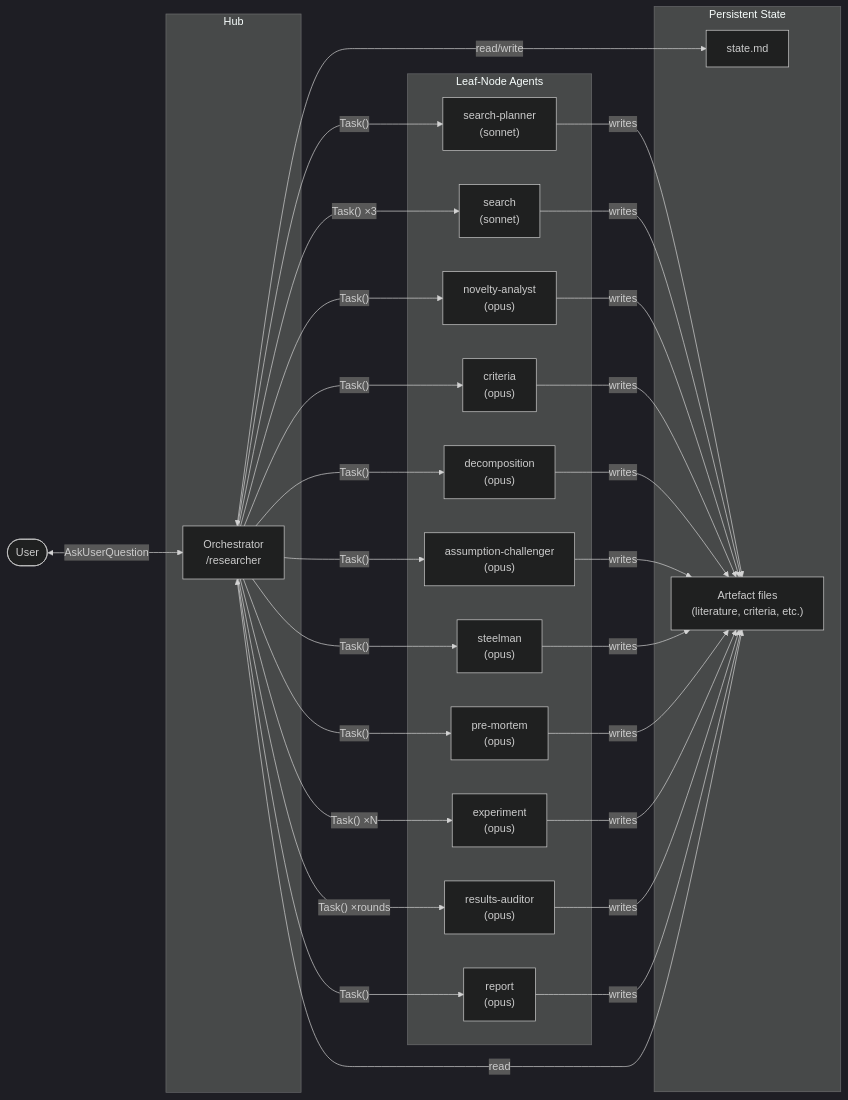
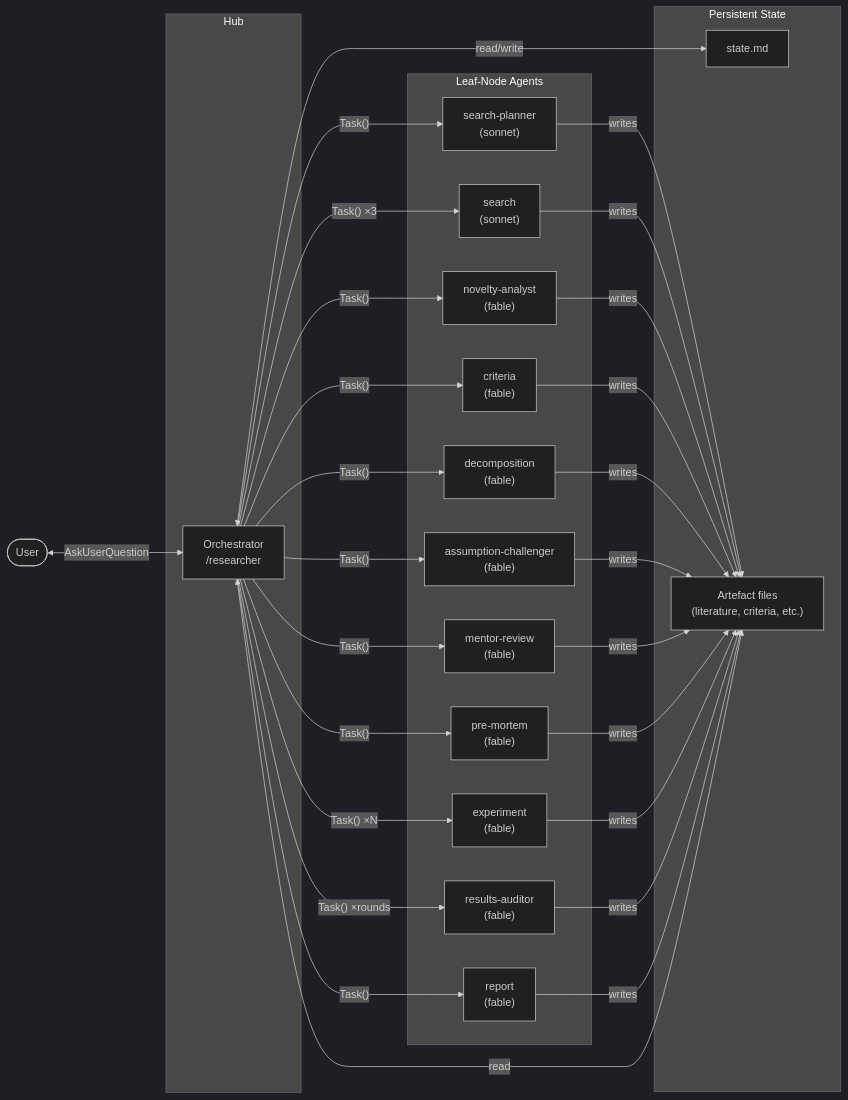
Before and after one commit to tbuckworth/ai-safety-researcher: the second of 4 diagrams in docs/DIAGRAM.md, drawn with Mermaid (dark theme). The commit also changed other lines of this file and 21 other files, not shown here.

````diff
--- a/docs/DIAGRAM.md
+++ b/docs/DIAGRAM.md
@@ -76,53 +76,53 @@
 ```mermaid
 flowchart LR
     subgraph Hub
         O["Orchestrator\n/researcher"]
     end
 
     subgraph Agents["Leaf-Node Agents"]
         A1["search-planner\n(sonnet)"]
         A2["search\n(sonnet)"]
-        A3["novelty-analyst\n(opus)"]
-        A4["criteria\n(opus)"]
-        A5["decomposition\n(opus)"]
-        A6["assumption-challenger\n(opus)"]
-        A7["steelman\n(opus)"]
-        A8["pre-mortem\n(opus)"]
-        A9["experiment\n(opus)"]
-        A10["results-auditor\n(opus)"]
-        A11["report\n(opus)"]
+        A3["novelty-analyst\n(fable)"]
+        A4["criteria\n(fable)"]
+        A5["decomposition\n(fable)"]
+        A6["assumption-challenger\n(fable)"]
+        A7["mentor-review\n(fable)"]
+        A8["pre-mortem\n(fable)"]
+        A9["experiment\n(fable)"]
+        A10["results-auditor\n(fable)"]
+        A11["report\n(fable)"]
     end
 
     subgraph State["Persistent State"]
         SM["state.md"]
         AR["Artefact files\n(literature, criteria, etc.)"]
     end
 
     U(["User"]) <-->|"AskUserQuestion"| O
     O -->|"Task()"| A1
     O -->|"Task() ×3"| A2
     O -->|"Task()"| A3
     O -->|"Task()"| A4
     O -->|"Task()"| A5
     O -->|"Task()"| A6
     O -->|"Task()"| A7
     O -->|"Task()"| A8
     O -->|"Task() ×N"| A9
     O -->|"Task() ×rounds"| A10
     O -->|"Task()"| A11
 
     A1 -->|writes| AR
     A2 -->|writes| AR
     A3 -->|writes| AR
     A4 -->|writes| AR
     A5 -->|writes| AR
     A6 -->|writes| AR
     A7 -->|writes| AR
     A8 -->|writes| AR
     A9 -->|writes| AR
     A10 -->|writes| AR
     A11 -->|writes| AR
 
     O <-->|"read/write"| SM
     O <-->|"read"| AR
 ```
````
